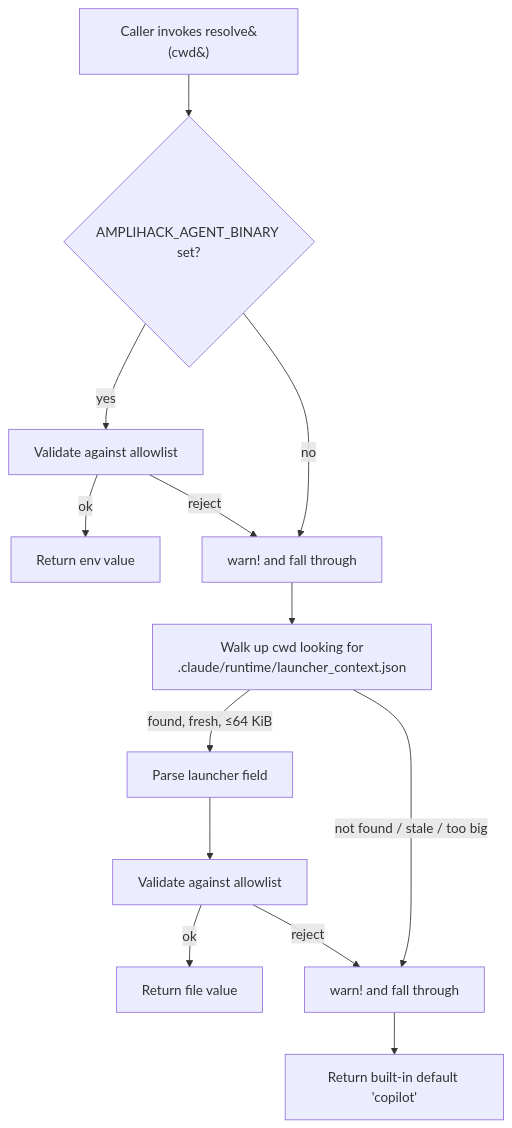
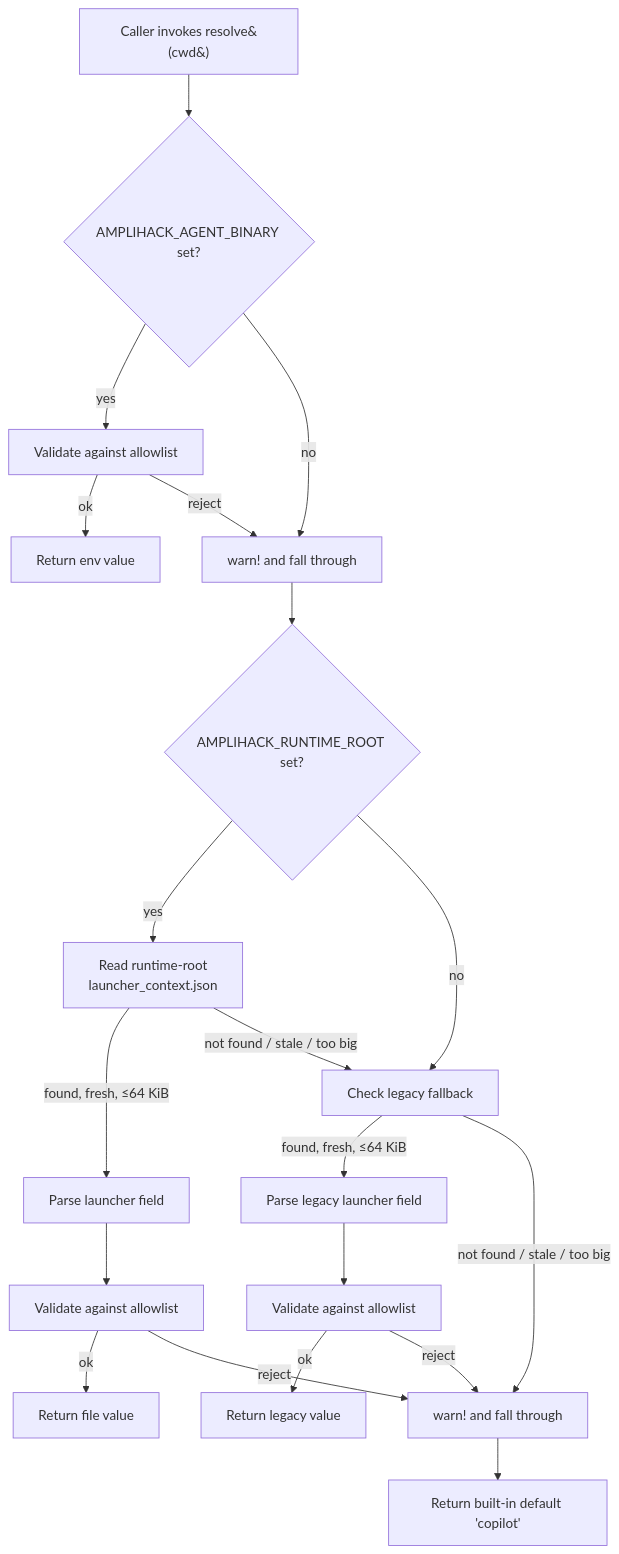
One commit to rysweet/amplihack-rs changed the first of 2 diagrams in docs/concepts/agent-binary-routing.md. Above: the diagram before and after it, drawn with Mermaid. The commit also changed other lines of this file and 26 other files, not shown here.

````diff
--- a/docs/concepts/agent-binary-routing.md
+++ b/docs/concepts/agent-binary-routing.md
@@ -46,15 +50,22 @@
 ```mermaid
 flowchart TD
     A[Caller invokes resolve&#40;cwd&#41;] --> B{AMPLIHACK_AGENT_BINARY set?}
     B -- yes --> V1[Validate against allowlist]
     V1 -- ok --> R1[Return env value]
     V1 -- reject --> W1[warn! and fall through]
     B -- no --> W1
-    W1 --> C[Walk up cwd looking for<br/>.claude/runtime/launcher_context.json]
-    C -- found, fresh, ≤64 KiB --> P[Parse launcher field]
+    W1 --> C{AMPLIHACK_RUNTIME_ROOT set?}
+    C -- yes --> F1[Read runtime-root<br/>launcher_context.json]
+    C -- no --> L1[Check legacy fallback]
+    F1 -- found, fresh, ≤64 KiB --> P[Parse launcher field]
     P --> V2[Validate against allowlist]
     V2 -- ok --> R2[Return file value]
     V2 -- reject --> W2[warn! and fall through]
-    C -- not found / stale / too big --> W2
+    F1 -- not found / stale / too big --> L1[Check legacy fallback]
+    L1 -- found, fresh, ≤64 KiB --> P2[Parse legacy launcher field]
+    P2 --> V3[Validate against allowlist]
+    V3 -- ok --> R3[Return legacy value]
+    V3 -- reject --> W2[warn! and fall through]
+    L1 -- not found / stale / too big --> W2
     W2 --> D[Return built-in default 'copilot']
 ```
````
